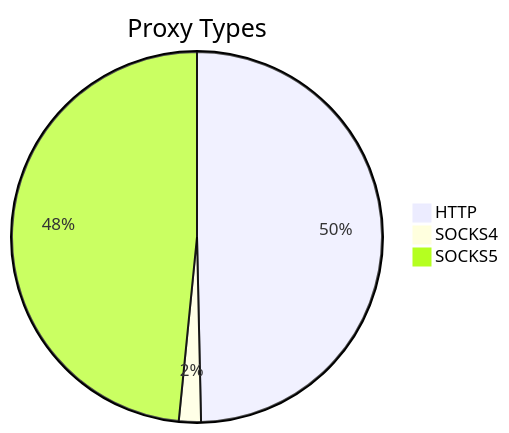
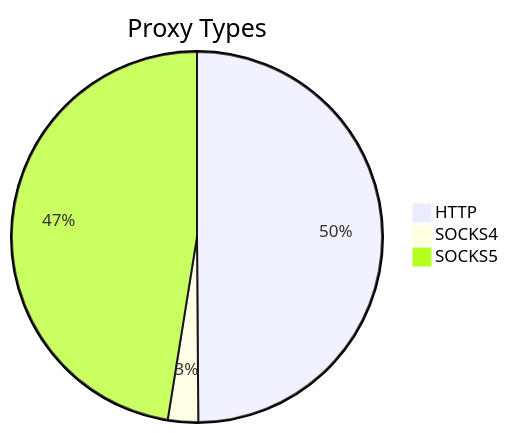
The first of 2 diagrams in README.md (stormsia/proxy-list), drawn with Mermaid before and after one commit. The commit also changed other lines of this file, not shown here.

````diff
--- a/README.md
+++ b/README.md
@@ -21,6 +21,6 @@
 ```mermaid
 pie title Proxy Types
-    "HTTP" : 851
-    "SOCKS4" : 33
-    "SOCKS5" : 830
+    "HTTP" : 661
+    "SOCKS4" : 35
+    "SOCKS5" : 629
 ```
````
